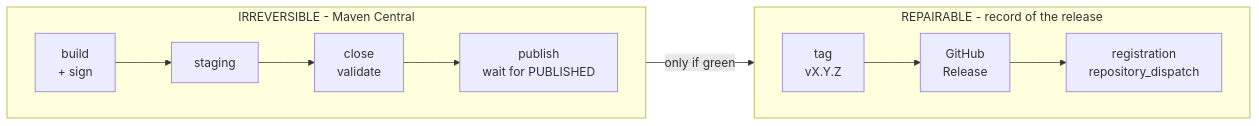
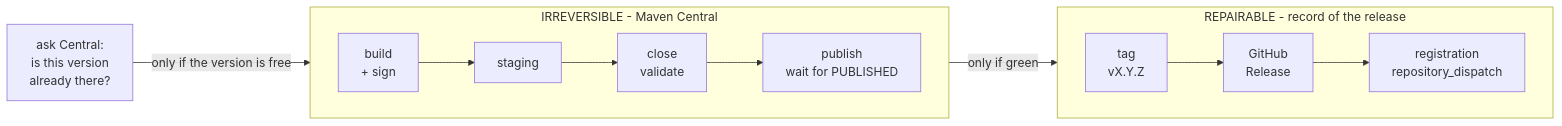
One commit to octopusden/octopus-base changed the first of 4 diagrams in docs/Octopus Release Pipeline.md. Above: the diagram before and after it, drawn with Mermaid. The commit also changed other lines of this file, not shown here.

First line of the commit message:
docs: fold the Central preflight into the release pipeline reference (#201)

````diff
--- a/docs/Octopus Release Pipeline.md
+++ b/docs/Octopus Release Pipeline.md
@@ -34,12 +34,14 @@
 ```mermaid
 flowchart LR
+    PF["ask Central:<br/>is this version<br/>already there?"]
     subgraph publish ["IRREVERSIBLE - Maven Central"]
         direction LR
         B["build<br/>+ sign"] --> S["staging"] --> C["close<br/>validate"] --> P["publish<br/>wait for PUBLISHED"]
     end
     subgraph record ["REPAIRABLE - record of the release"]
         direction LR
         T["tag<br/>vX.Y.Z"] --> R["GitHub<br/>Release"] --> L["registration<br/>repository_dispatch"]
     end
+    PF -->|"only if the version is free"| B
     P -->|"only if green"| T
 ```
````
